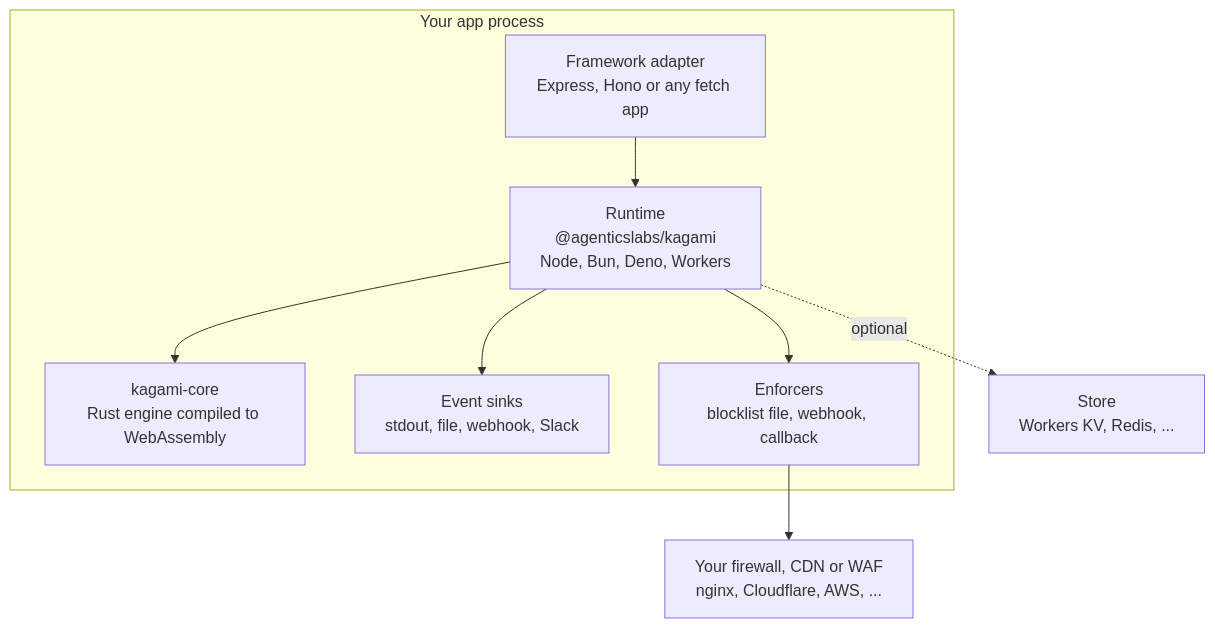
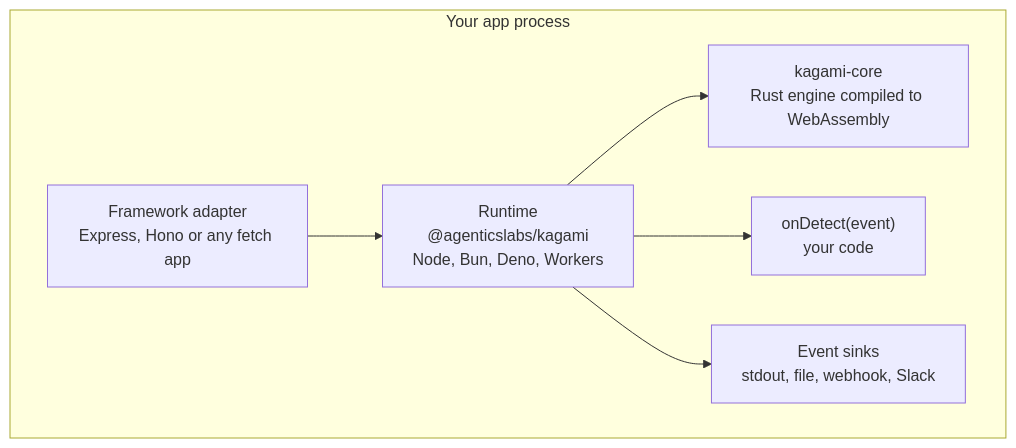
One commit to agenticslabs-xyz/lurensic changed the second of 2 diagrams in README.md. Above: the diagram before and after it, drawn with Mermaid. The commit also changed other lines of this file and 55 other files, not shown here.

````diff
--- a/README.md
+++ b/README.md
@@ -79,11 +187,9 @@
 ```mermaid
 flowchart TB
     subgraph proc["Your app process"]
         AD["Framework adapter<br/>Express, Hono or any fetch app"] --> NODE["Runtime<br/>@agenticslabs/kagami<br/>Node, Bun, Deno, Workers"]
         NODE --> CORE["kagami-core<br/>Rust engine compiled to WebAssembly"]
+        NODE --> CB["onDetect(event)<br/>your code"]
         NODE --> SINKS["Event sinks<br/>stdout, file, webhook, Slack"]
-        NODE --> ENF["Enforcers<br/>blocklist file, webhook, callback"]
     end
-    NODE -.->|"optional"| ST["Store<br/>Workers KV, Redis, ..."]
-    ENF --> FW["Your firewall, CDN or WAF<br/>nginx, Cloudflare, AWS, ..."]
 ```
````
